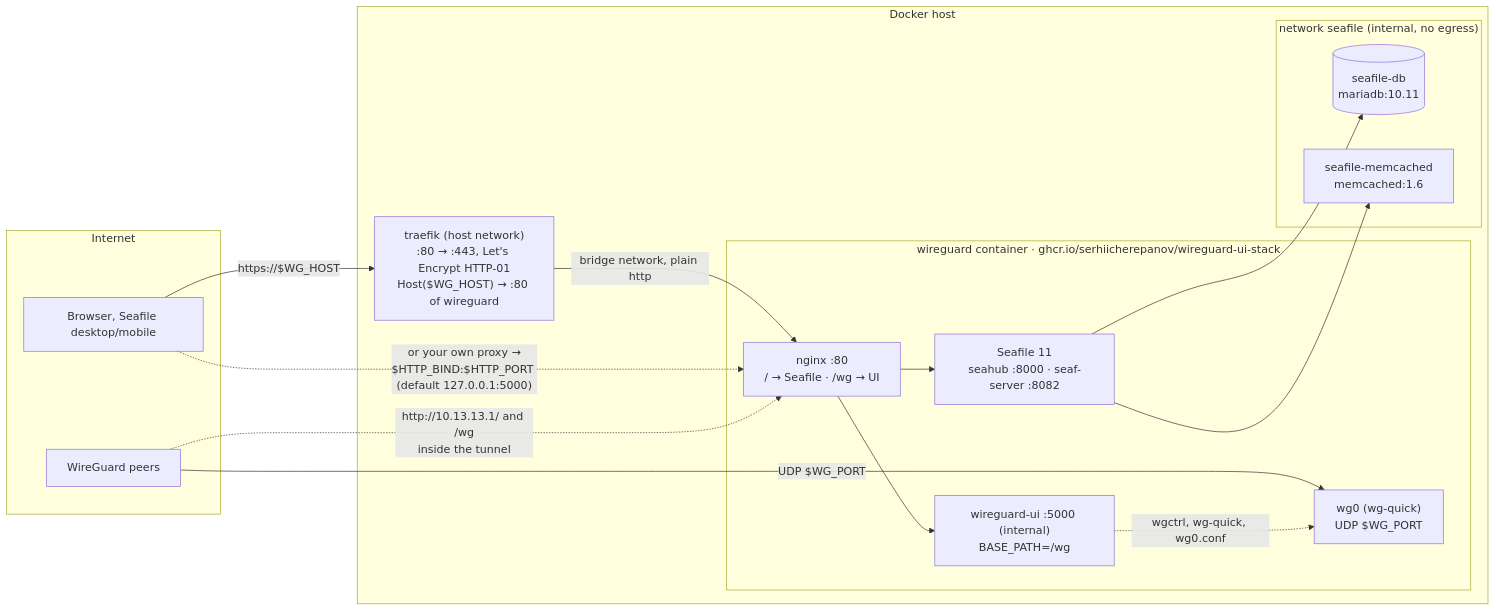
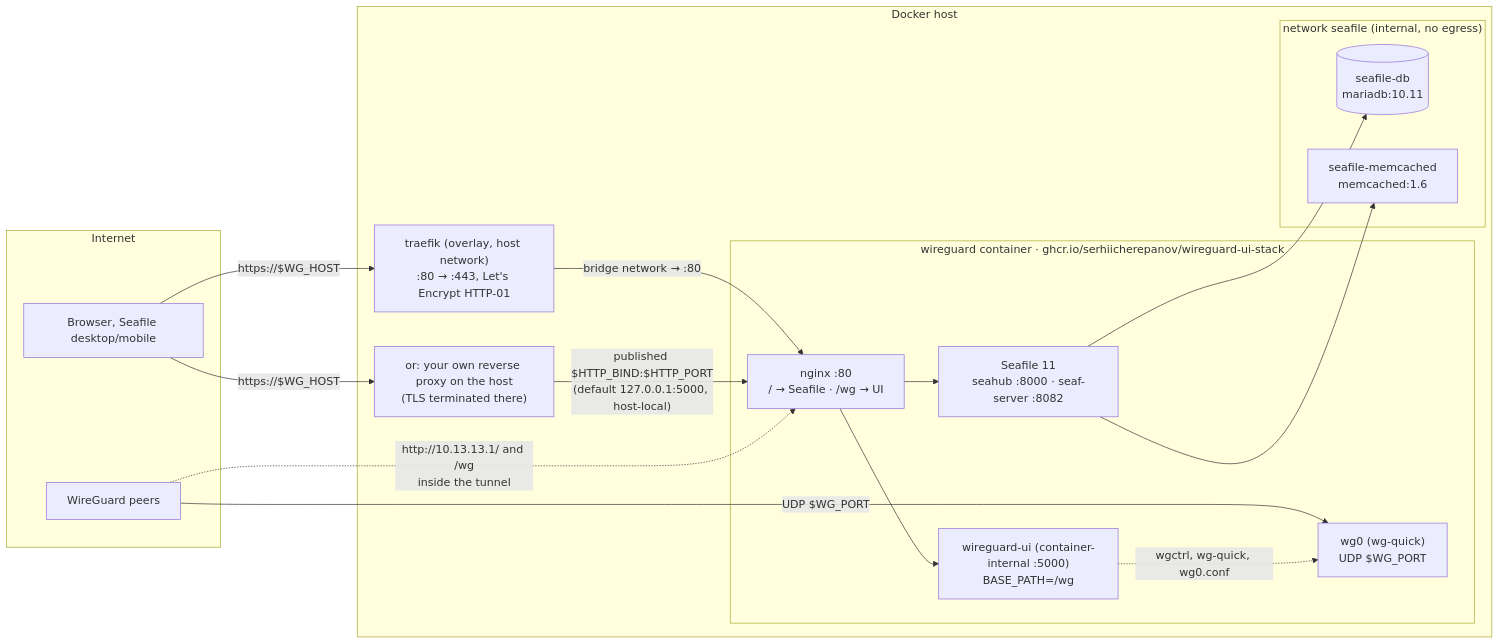
Before and after one commit to serhiicherepanov/wireguard-ui-stack: the diagram in README.md, drawn with Mermaid.

Commit message:
README diagram: the published HTTP port is host-local, reached via Traefik or a host proxy

````diff
--- a/README.md
+++ b/README.md
@@ -26,34 +26,36 @@
 ```mermaid
 flowchart LR
     subgraph outside[Internet]
         browser["Browser, Seafile desktop/mobile"]
         peer["WireGuard peers"]
     end
 
     subgraph host[Docker host]
-        traefik["traefik (host network)<br/>:80 → :443, Let's Encrypt HTTP-01<br/>Host($WG_HOST) → :80 of wireguard"]
+        traefik["traefik (overlay, host network)<br/>:80 → :443, Let's Encrypt HTTP-01"]
+        proxy["or: your own reverse proxy on the host<br/>(TLS terminated there)"]
 
         subgraph wgc["wireguard container · ghcr.io/serhiicherepanov/wireguard-ui-stack"]
             nginx["nginx :80<br/>/ → Seafile · /wg → UI"]
             seafile["Seafile 11<br/>seahub :8000 · seaf-server :8082"]
-            ui["wireguard-ui :5000 (internal)<br/>BASE_PATH=/wg"]
+            ui["wireguard-ui (container-internal :5000)<br/>BASE_PATH=/wg"]
             wg0["wg0 (wg-quick)<br/>UDP $WG_PORT"]
         end
 
         subgraph backend["network seafile (internal, no egress)"]
             db[("seafile-db<br/>mariadb:10.11")]
             memcached["seafile-memcached<br/>memcached:1.6"]
         end
     end
 
     browser -- "https://$WG_HOST" --> traefik
-    traefik -- "bridge network, plain http" --> nginx
-    browser -. "or your own proxy →<br/>$HTTP_BIND:$HTTP_PORT (default 127.0.0.1:5000)" .-> nginx
+    browser -- "https://$WG_HOST" --> proxy
+    traefik -- "bridge network → :80" --> nginx
+    proxy -- "published $HTTP_BIND:$HTTP_PORT<br/>(default 127.0.0.1:5000, host-local)" --> nginx
     nginx --> seafile
     nginx --> ui
     peer -- "UDP $WG_PORT" --> wg0
     peer -. "http://10.13.13.1/ and /wg<br/>inside the tunnel" .-> nginx
     seafile --> db
     seafile --> memcached
     ui -. "wgctrl, wg-quick, wg0.conf" .-> wg0
 ```
````
